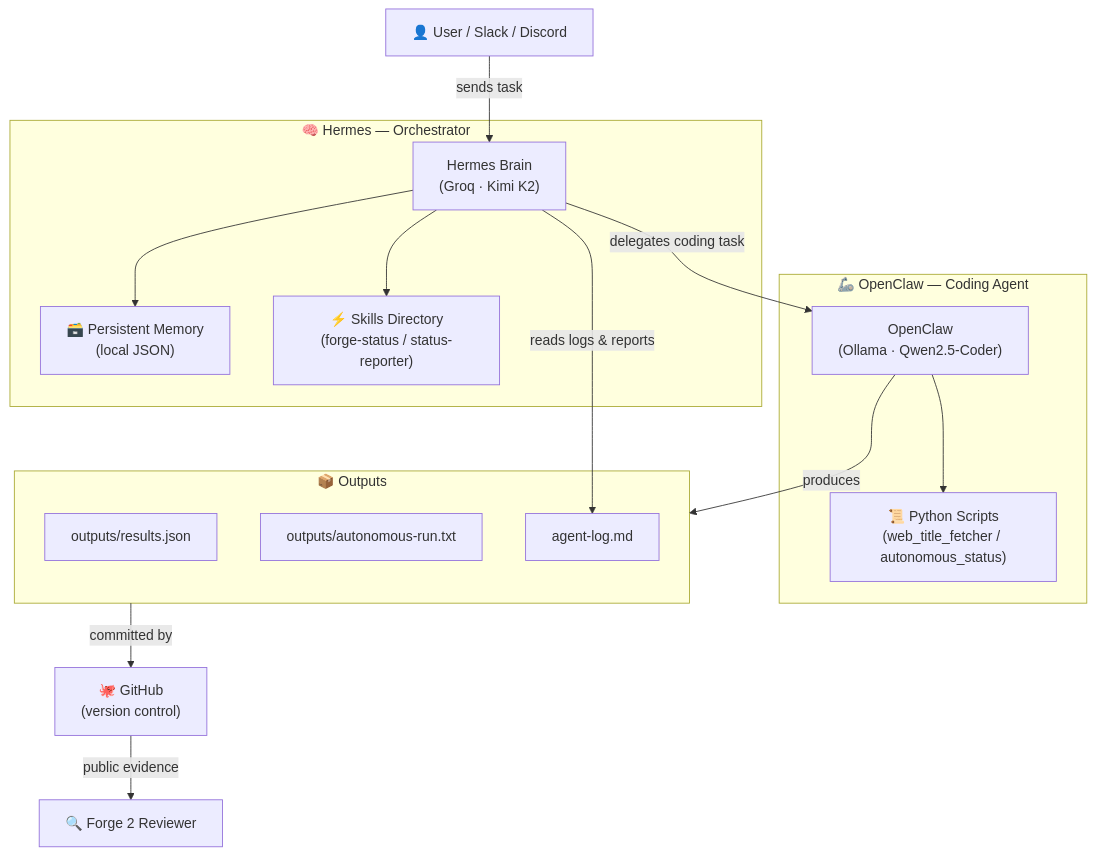
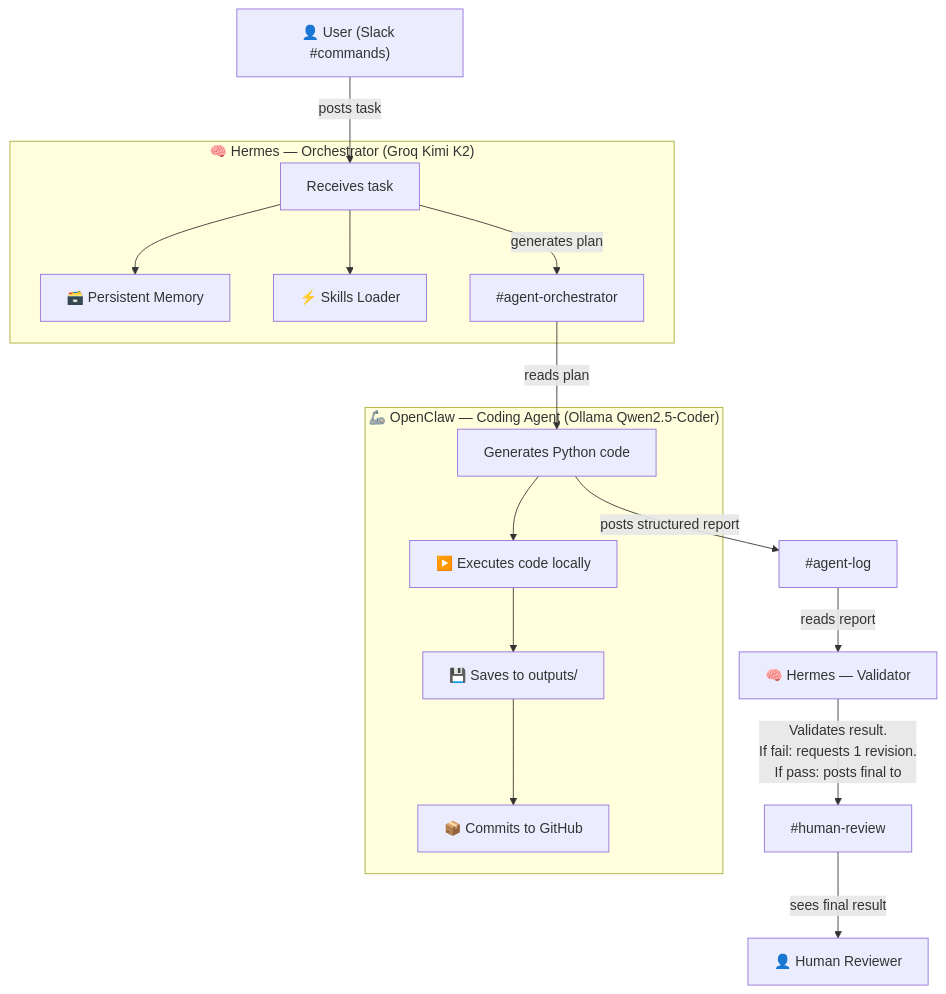
The diagram in README.md (Abishek2207/forge2-qualifier-abishek), drawn with Mermaid before and after one commit. The commit also changed other lines of this file and 9 other files, not shown here.

Commit message:
feat: Sprint 02 Multi-Agent Slack Architecture

````diff
--- a/README.md
+++ b/README.md
@@ -42,32 +20,36 @@
 ```mermaid
 flowchart TD
-    User["👤 User / Slack / Discord"] -->|"sends task"| Hermes
+    User["👤 User (Slack #commands)"] -->|"posts task"| Hermes
 
-    subgraph HermesAgent["🧠 Hermes — Orchestrator"]
-        Hermes["Hermes Brain\n(Groq · Kimi K2)"]
-        Memory["🗃️ Persistent Memory\n(local JSON)"]
-        Skills["⚡ Skills Directory\n(forge-status / status-reporter)"]
+    subgraph HermesAgent["🧠 Hermes — Orchestrator (Groq Kimi K2)"]
+        Hermes["Receives task"]
+        Memory["🗃️ Persistent Memory"]
+        Skills["⚡ Skills Loader"]
         Hermes --> Memory
         Hermes --> Skills
+        Hermes -->|"generates plan"| OrchChannel["#agent-orchestrator"]
     end
 
-    Hermes -->|"delegates coding task"| OpenClaw
+    OrchChannel -->|"reads plan"| OpenClaw
 
-    subgraph OpenClawAgent["🦾 OpenClaw — Coding Agent"]
-        OpenClaw["OpenClaw\n(Ollama · Qwen2.5-Coder)"]
-        Scripts["📜 Python Scripts\n(web_title_fetcher / autonomous_status)"]
-        OpenClaw --> Scripts
+    subgraph OpenClawAgent["🦾 OpenClaw — Coding Agent (Ollama Qwen2.5-Coder)"]
+        OpenClaw["Generates Python code"]
+        Sandbox["▶️ Executes code locally"]
+        Outputs["💾 Saves to outputs/"]
+        GitPush["📦 Commits to GitHub"]
+        
+        OpenClaw --> Sandbox
+        Sandbox --> Outputs
+        Outputs --> GitPush
     end
 
-    OpenClaw -->|"produces"| Outputs
+    OpenClaw -->|"posts structured report"| LogChannel["#agent-log"]
 
-    subgraph Outputs["📦 Outputs"]
-        ResultsJSON["outputs/results.json"]
-        AutoRun["outputs/autonomous-run.txt"]
-        AgentLog["agent-log.md"]
-    end
+    LogChannel -->|"reads report"| HermesValidate["🧠 Hermes — Validator"]
+    
+    HermesValidate -->|"Validates result.
+    If fail: requests 1 revision.
+    If pass: posts final to"| ReviewChannel["#human-review"]
 
-    Outputs -->|"committed by"| GitHub["🐙 GitHub\n(version control)"]
-    Hermes -->|"reads logs &amp; reports"| AgentLog
-    GitHub -->|"public evidence"| Reviewer["🔍 Forge 2 Reviewer"]
+    ReviewChannel -->|"sees final result"| Human["👤 Human Reviewer"]
 ```
````
